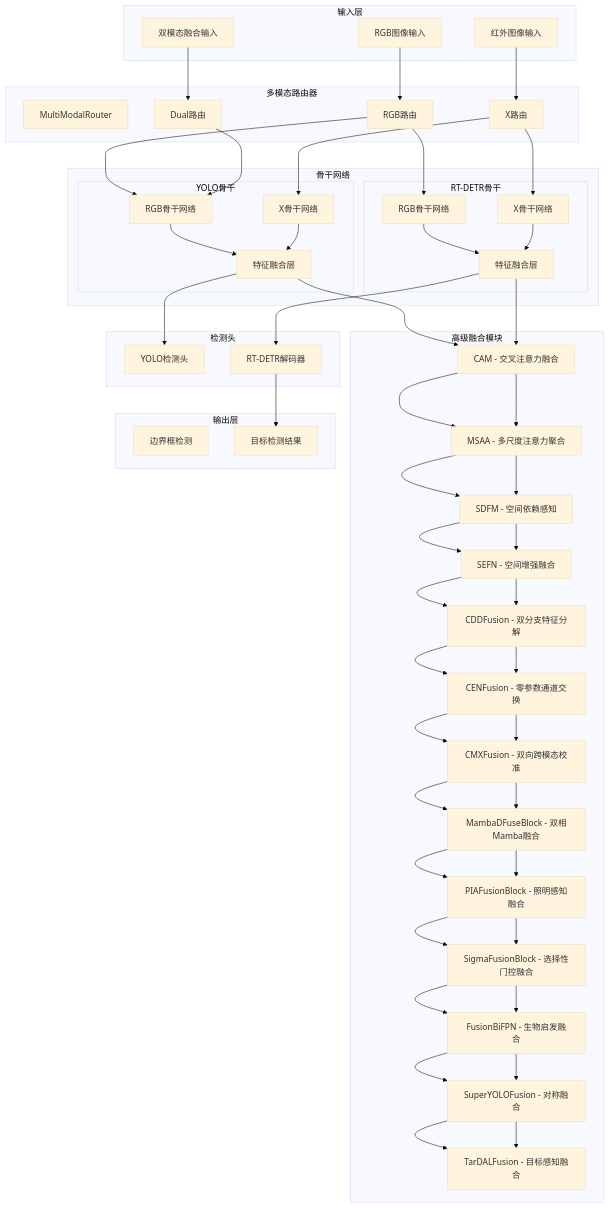
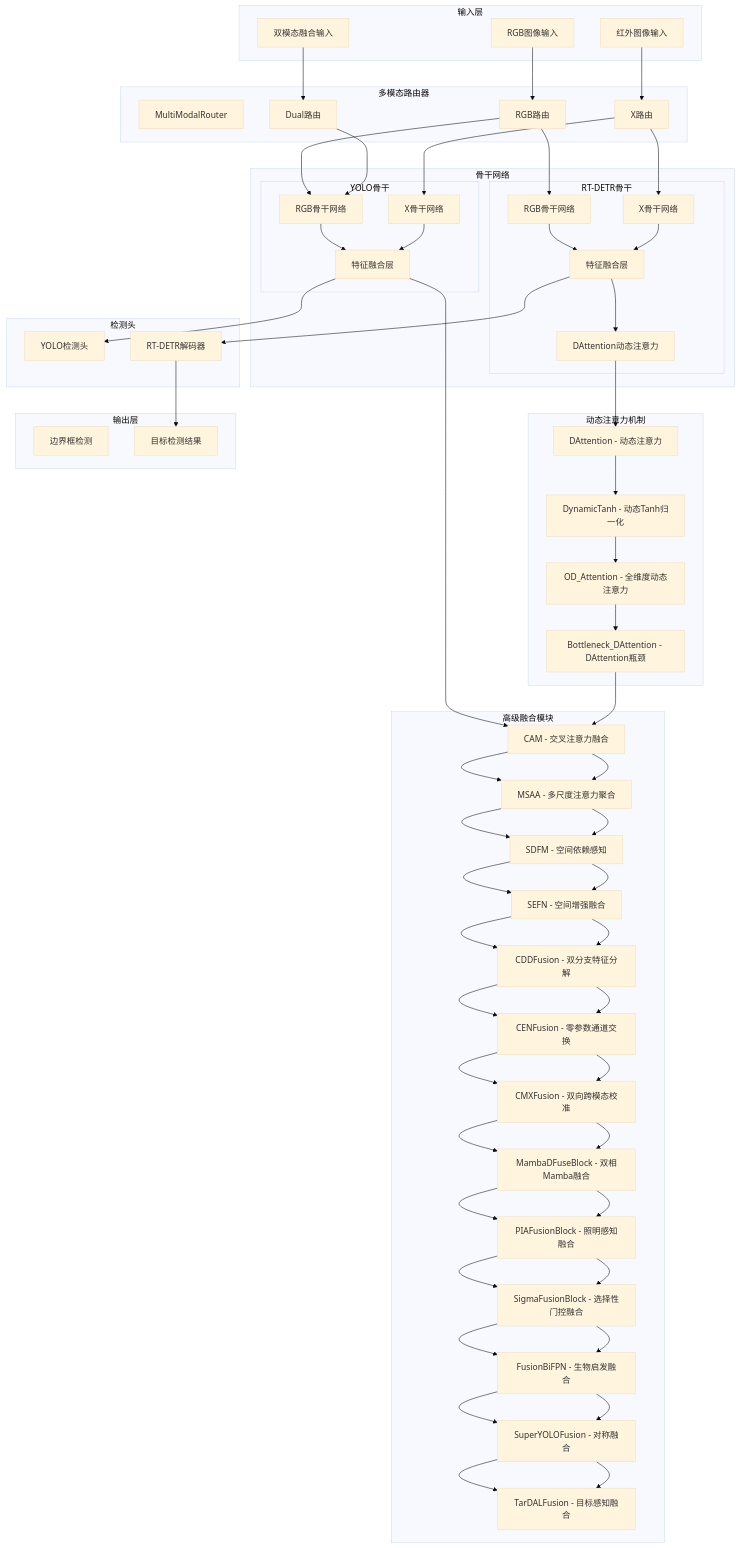
The second of 7 diagrams in .qoder/repowiki/zh/content/模型配置与管理/模型架构设计/RT-MM模型配置集合.md (2208754827/MM-IMPROVE), drawn with Mermaid (base theme) before and after one commit. The commit also changed other lines of this file and 411 other files, not shown here.

```diff
--- a/.qoder/repowiki/zh/content/模型配置与管理/模型架构设计/RT-MM模型配置集合.md
+++ b/.qoder/repowiki/zh/content/模型配置与管理/模型架构设计/RT-MM模型配置集合.md
@@ -206,6 +245,7 @@
 RT_RGB[RGB骨干网络]
 RT_X[X骨干网络]
 RT_Fusion[特征融合层]
+RT_DAttention[DAttention动态注意力]
 end
 end
 subgraph "高级融合模块"
@@ -222,6 +262,12 @@
 FusionBiFPN[FusionBiFPN - 生物启发融合]
 SuperYOLOFusion[SuperYOLOFusion - 对称融合]
 TarDALFusion[TarDALFusion - 目标感知融合]
+end
+subgraph "动态注意力机制"
+DAttention[DAttention - 动态注意力]
+DynamicTanh[DynamicTanh - 动态Tanh归一化]
+OD_Attention[OD_Attention - 全维度动态注意力]
+Bottleneck_DAttention[Bottleneck_DAttention - DAttention瓶颈]
 end
 subgraph "检测头"
 YOLO_Head[YOLO检测头]
@@ -257,7 +303,12 @@
 RouteX --> RT_X
 RT_RGB --> RT_Fusion
 RT_X --> RT_Fusion
-RT_Fusion --> CAM
+RT_Fusion --> RT_DAttention
+RT_DAttention --> DAttention
+DAttention --> DynamicTanh
+DynamicTanh --> OD_Attention
+OD_Attention --> Bottleneck_DAttention
+Bottleneck_DAttention --> CAM
 CAM --> MSAA
 MSAA --> SDFM
 SDFM --> SEFN
```
